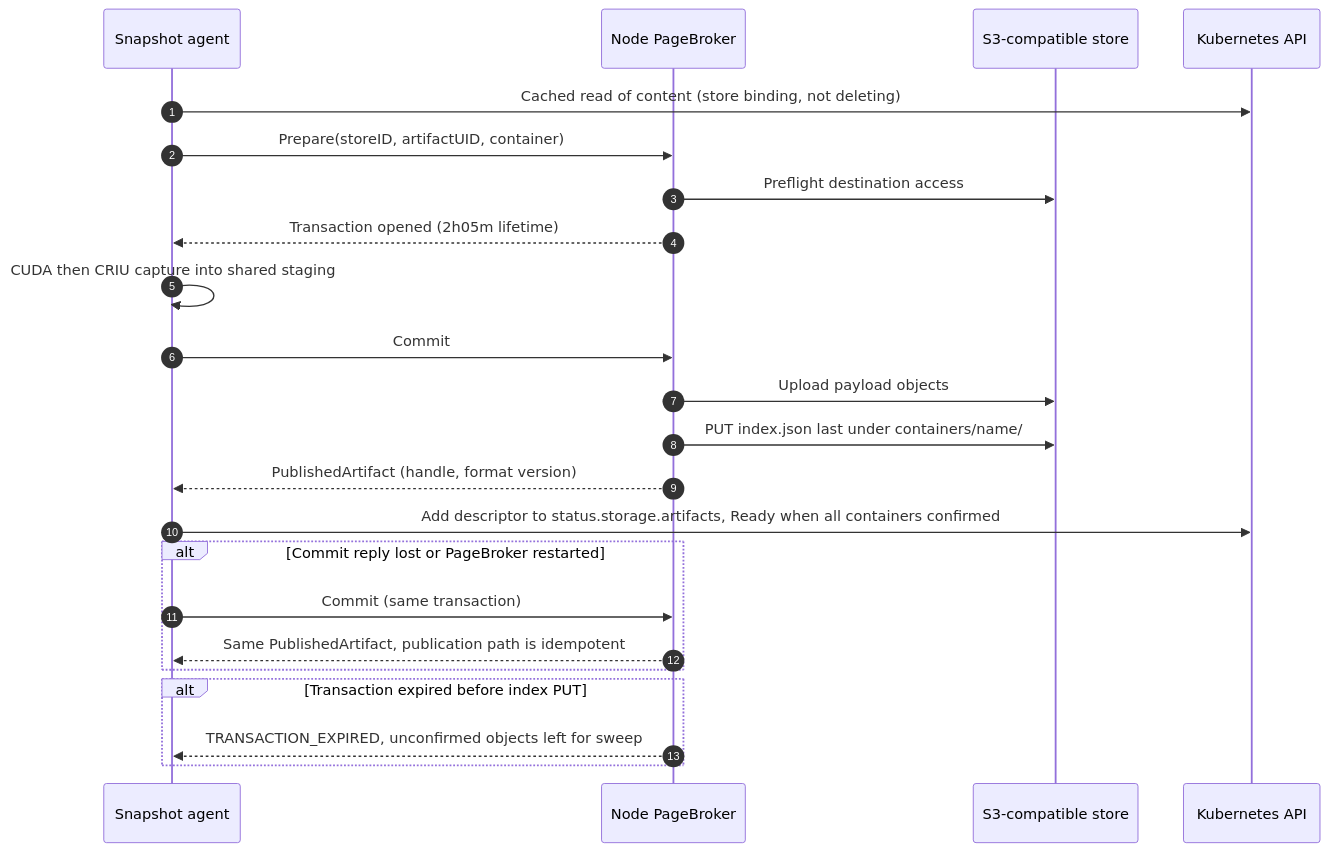
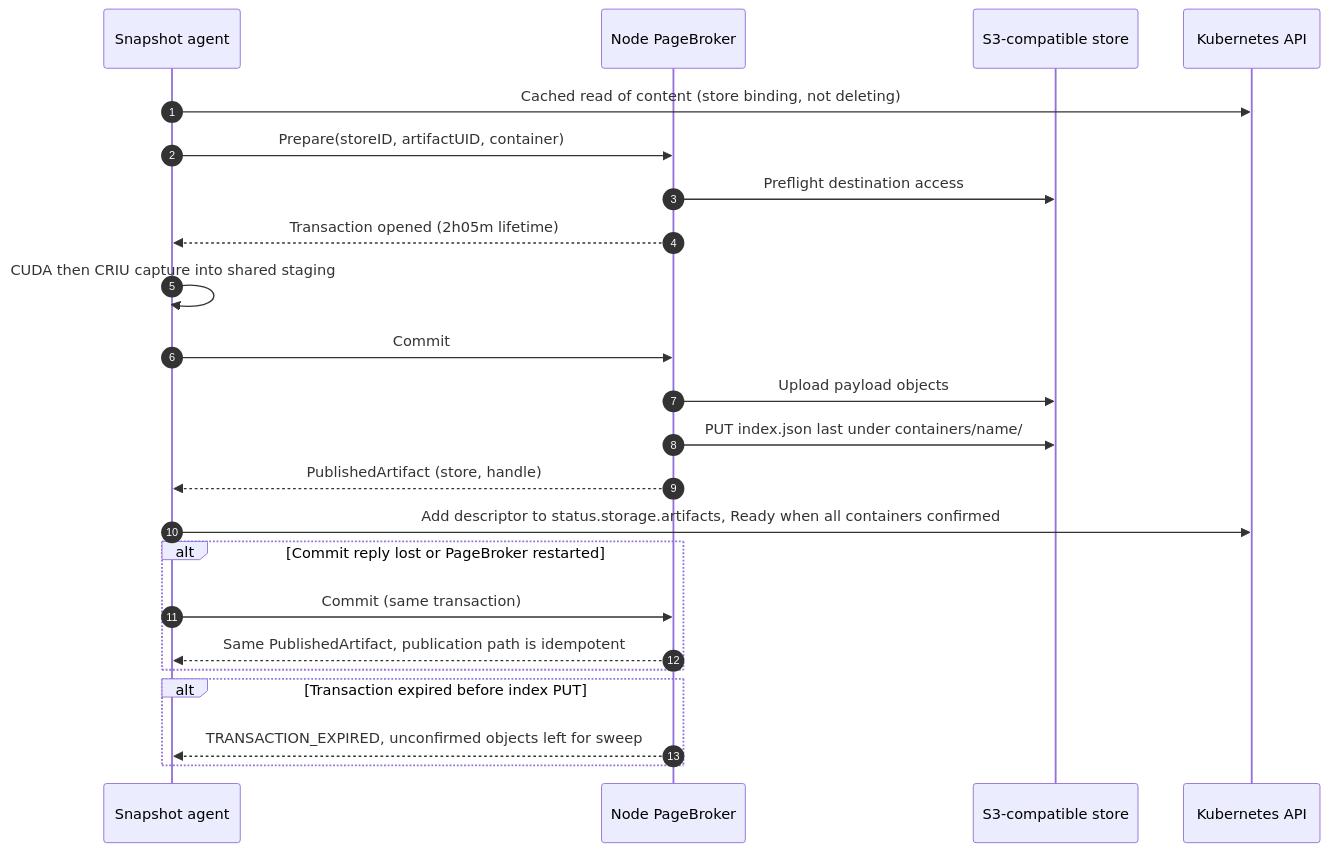
The second of 4 diagrams in docs/proposals/237-s3-storage/README.md (AlanFokCo/snapshot), drawn with Mermaid before and after one commit. The commit also changed other lines of this file, not shown here.

First line of the commit message:
docs(SNEP-237): drop artifactFormatVersion, version the layout inside the index

````diff
--- a/docs/proposals/237-s3-storage/README.md
+++ b/docs/proposals/237-s3-storage/README.md
@@ -121,25 +121,25 @@
 ```mermaid
 sequenceDiagram
     autonumber
     participant Agent as Snapshot agent
     participant PB as Node PageBroker
     participant S3 as S3-compatible store
     participant API as Kubernetes API
     Agent->>API: Cached read of content (store binding, not deleting)
     Agent->>PB: Prepare(storeID, artifactUID, container)
     PB->>S3: Preflight destination access
     PB-->>Agent: Transaction opened (2h05m lifetime)
     Agent->>Agent: CUDA then CRIU capture into shared staging
     Agent->>PB: Commit
     PB->>S3: Upload payload objects
     PB->>S3: PUT index.json last under containers/name/
-    PB-->>Agent: PublishedArtifact (handle, format version)
+    PB-->>Agent: PublishedArtifact (store, handle)
     Agent->>API: Add descriptor to status.storage.artifacts, Ready when all containers confirmed
     alt Commit reply lost or PageBroker restarted
         Agent->>PB: Commit (same transaction)
         PB-->>Agent: Same PublishedArtifact, publication path is idempotent
     end
     alt Transaction expired before index PUT
         PB-->>Agent: TRANSACTION_EXPIRED, unconfirmed objects left for sweep
     end
 ```
````
